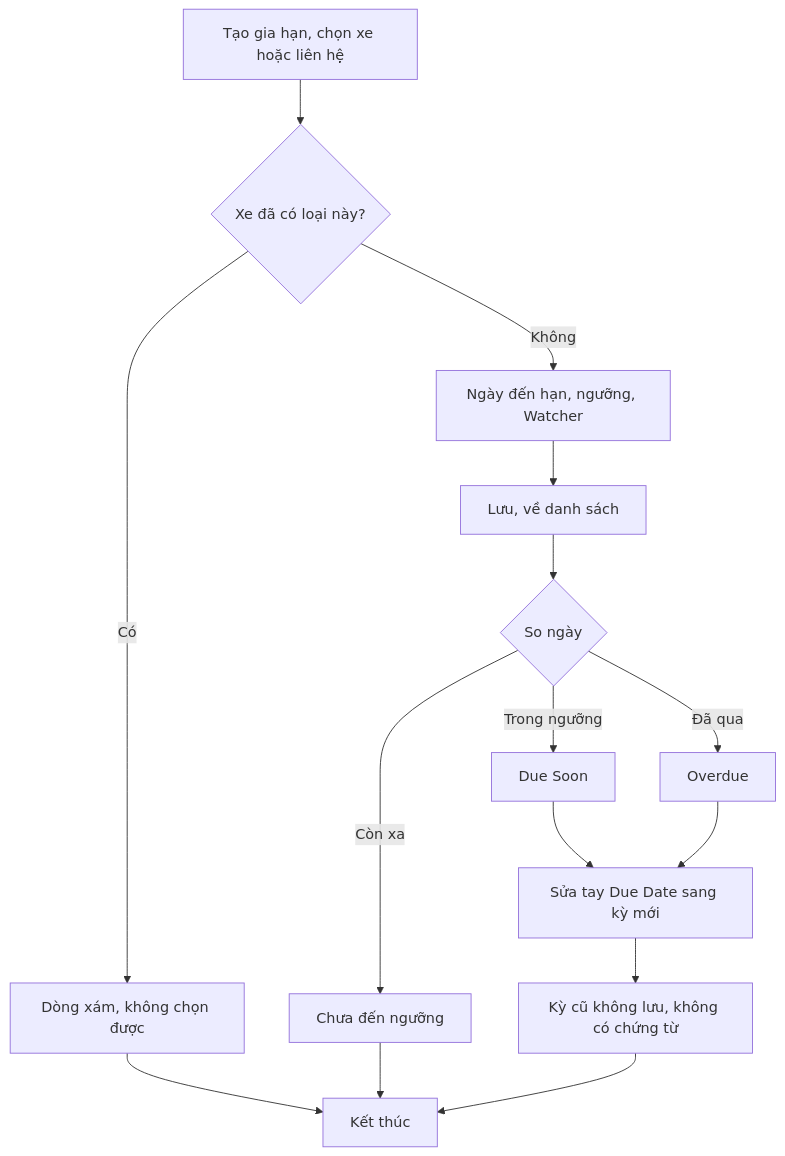
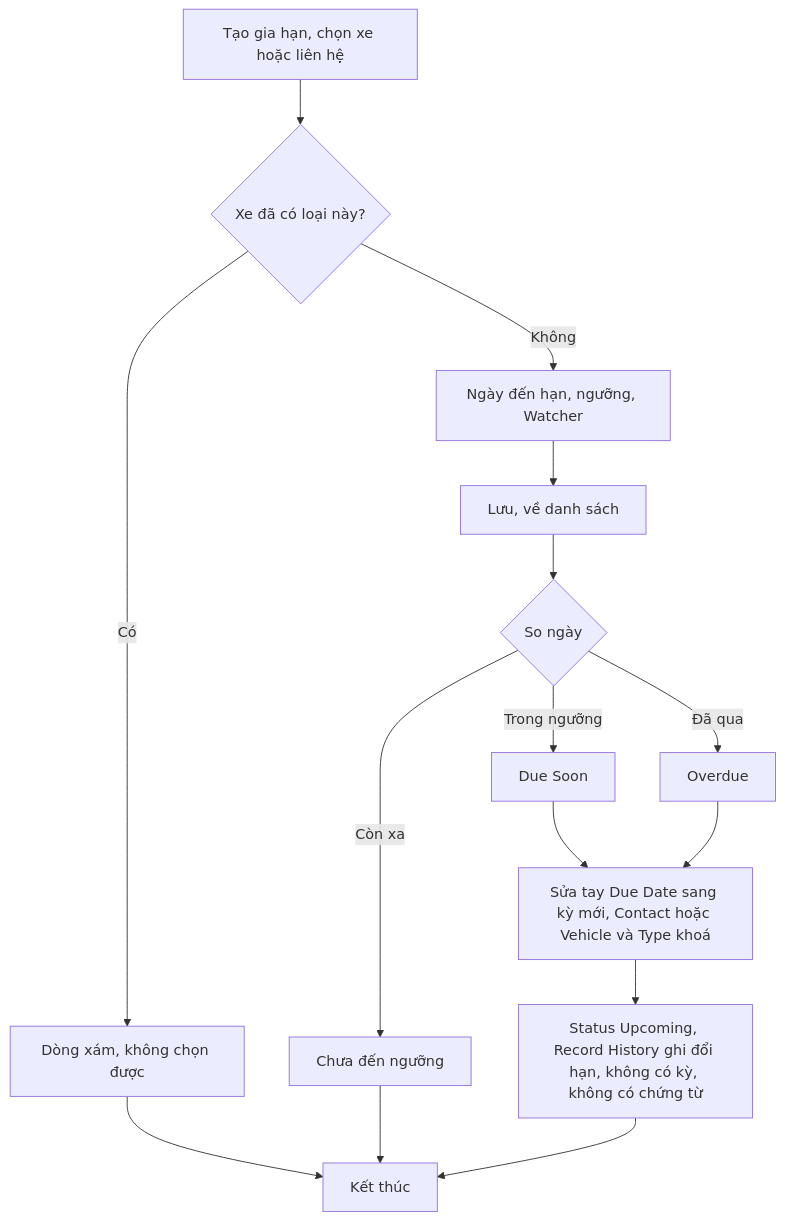
The seventh of 17 diagrams in docs/_research/fleetio/srs/fleetio-reminders-inspection-flows.md (szitphan/invlogis), drawn with Mermaid before and after one commit. The commit also changed other lines of this file and 113 other files, not shown here.

````diff
--- a/docs/_research/fleetio/srs/fleetio-reminders-inspection-flows.md
+++ b/docs/_research/fleetio/srs/fleetio-reminders-inspection-flows.md
@@ -180,17 +194,17 @@
 ```mermaid
 flowchart TD
     A["Tạo gia hạn, chọn xe hoặc liên hệ"] --> B{"Xe đã có loại này?"}
     B -->|"Có"| C["Dòng xám, không chọn được"]
     B -->|"Không"| D["Ngày đến hạn, ngưỡng, Watcher"]
     D --> E["Lưu, về danh sách"]
     E --> F{"So ngày"}
     F -->|"Trong ngưỡng"| G["Due Soon"]
     F -->|"Đã qua"| H["Overdue"]
     F -->|"Còn xa"| I["Chưa đến ngưỡng"]
-    G --> J["Sửa tay Due Date sang kỳ mới"]
+    G --> J["Sửa tay Due Date sang kỳ mới, Contact hoặc Vehicle và Type khoá"]
     H --> J
-    J --> K["Kỳ cũ không lưu, không có chứng từ"]
+    J --> K["Status Upcoming, Record History ghi đổi hạn, không có kỳ, không có chứng từ"]
     C --> End["Kết thúc"]
     I --> End["Kết thúc"]
     K --> End["Kết thúc"]
 ```
````
